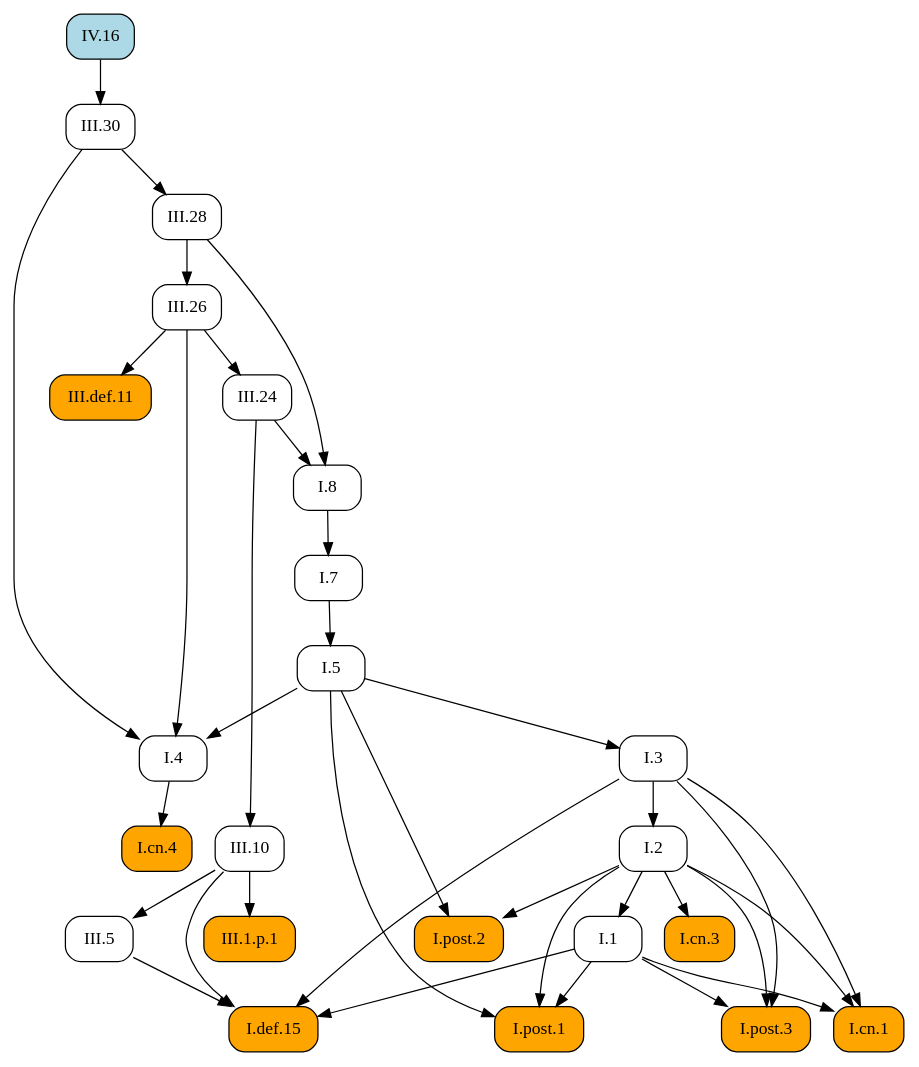
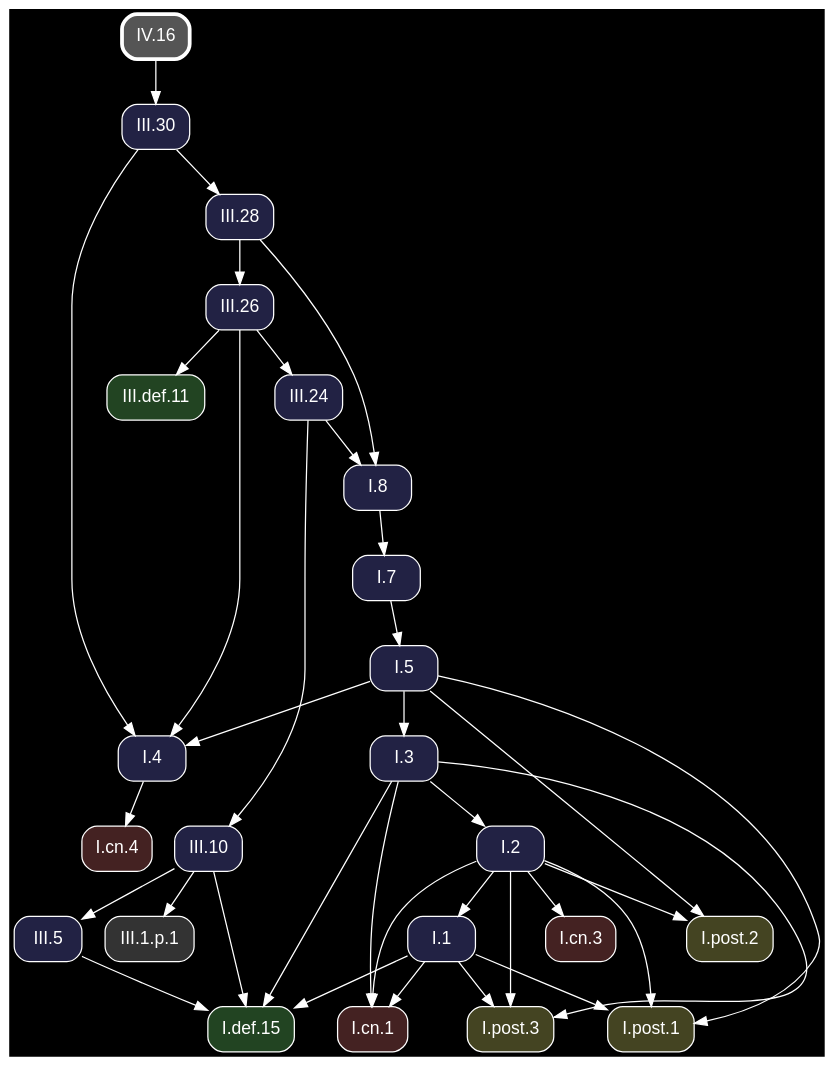
One commit to geometor/elements changed the diagram in docsrc/heath/IV/16/index.rst. Above: the diagram before and after it, drawn with Graphviz. The commit also changed other lines of this file and 1200 other files, not shown here.

Commit message:
update dependency graphs

```diff
--- a/docsrc/heath/IV/16/index.rst
+++ b/docsrc/heath/IV/16/index.rst
@@ -43,64 +43,66 @@
 .. graphviz::
 
    digraph {
+     bgcolor="black";
+     node [shape=box, style="rounded,filled", fontname="Helvetica", color="white", fontcolor="white"];
+     edge [color="white", fontcolor="white"];
      rankdir="TB";
-     node [shape=box, style=rounded];
-     "III.28" [URL="/heath/III/28/", target="_top"];
-     "I.cn.1" [style="rounded,filled", fillcolor=orange, URL="/heath/I/cn.1/", target="_top"];
-     "I.7" [URL="/heath/I/7/", target="_top"];
-     "III.24" [URL="/heath/III/24/", target="_top"];
-     "I.2" [URL="/heath/I/2/", target="_top"];
-     "I.def.15" [style="rounded,filled", fillcolor=orange, URL="/heath/I/def.15/", target="_top"];
-     "III.26" [URL="/heath/III/26/", target="_top"];
-     "I.4" [URL="/heath/I/4/", target="_top"];
-     "I.1" [URL="/heath/I/1/", target="_top"];
-     "III.def.11" [style="rounded,filled", fillcolor=orange, URL="/heath/III/def.11/", target="_top"];
-     "I.post.1" [style="rounded,filled", fillcolor=orange, URL="/heath/I/post.1/", target="_top"];
-     "I.post.3" [style="rounded,filled", fillcolor=orange, URL="/heath/I/post.3/", target="_top"];
-     "I.5" [URL="/heath/I/5/", target="_top"];
-     "I.8" [URL="/heath/I/8/", target="_top"];
-     "I.cn.3" [style="rounded,filled", fillcolor=orange, URL="/heath/I/cn.3/", target="_top"];
-     "III.10" [URL="/heath/III/10/", target="_top"];
-     "III.1.p.1" [style="rounded,filled", fillcolor=orange];
-     "IV.16" [style="rounded,filled", fillcolor=lightblue, URL="/heath/IV/16/", target="_top"];
-     "I.cn.4" [style="rounded,filled", fillcolor=orange, URL="/heath/I/cn.4/", target="_top"];
-     "I.post.2" [style="rounded,filled", fillcolor=orange, URL="/heath/I/post.2/", target="_top"];
-     "III.30" [URL="/heath/III/30/", target="_top"];
-     "I.3" [URL="/heath/I/3/", target="_top"];
-     "III.5" [URL="/heath/III/5/", target="_top"];
-     "III.30" -> "III.28";
+     "III.10" [fillcolor="#222244", URL="/heath/III/10/", target="_top"];
+     "I.3" [fillcolor="#222244", URL="/heath/I/3/", target="_top"];
+     "III.30" [fillcolor="#222244", URL="/heath/III/30/", target="_top"];
+     "I.post.1" [fillcolor="#444422", URL="/heath/I/post.1/", target="_top"];
+     "I.cn.1" [fillcolor="#442222", URL="/heath/I/cn.1/", target="_top"];
+     "IV.16" [penwidth=3, color="white", fillcolor="#555555", URL="/heath/IV/16/", target="_top"];
+     "I.cn.3" [fillcolor="#442222", URL="/heath/I/cn.3/", target="_top"];
+     "I.2" [fillcolor="#222244", URL="/heath/I/2/", target="_top"];
+     "I.post.2" [fillcolor="#444422", URL="/heath/I/post.2/", target="_top"];
+     "I.cn.4" [fillcolor="#442222", URL="/heath/I/cn.4/", target="_top"];
+     "I.1" [fillcolor="#222244", URL="/heath/I/1/", target="_top"];
+     "I.8" [fillcolor="#222244", URL="/heath/I/8/", target="_top"];
+     "I.4" [fillcolor="#222244", URL="/heath/I/4/", target="_top"];
+     "III.24" [fillcolor="#222244", URL="/heath/III/24/", target="_top"];
+     "I.post.3" [fillcolor="#444422", URL="/heath/I/post.3/", target="_top"];
+     "III.28" [fillcolor="#222244", URL="/heath/III/28/", target="_top"];
+     "III.5" [fillcolor="#222244", URL="/heath/III/5/", target="_top"];
+     "III.1.p.1" [fillcolor="#333333"];
+     "I.7" [fillcolor="#222244", URL="/heath/I/7/", target="_top"];
+     "I.def.15" [fillcolor="#224422", URL="/heath/I/def.15/", target="_top"];
+     "I.5" [fillcolor="#222244", URL="/heath/I/5/", target="_top"];
+     "III.26" [fillcolor="#222244", URL="/heath/III/26/", target="_top"];
+     "III.def.11" [fillcolor="#224422", URL="/heath/III/def.11/", target="_top"];
+     "III.24" -> "III.10";
+     "I.5" -> "I.3";
+     "IV.16" -> "III.30";
+     "I.1" -> "I.post.1";
+     "I.2" -> "I.post.1";
+     "I.5" -> "I.post.1";
      "I.1" -> "I.cn.1";
      "I.2" -> "I.cn.1";
      "I.3" -> "I.cn.1";
+     "I.2" -> "I.cn.3";
+     "I.3" -> "I.2";
+     "I.2" -> "I.post.2";
+     "I.5" -> "I.post.2";
+     "I.4" -> "I.cn.4";
+     "I.2" -> "I.1";
+     "III.24" -> "I.8";
+     "III.28" -> "I.8";
+     "I.5" -> "I.4";
+     "III.26" -> "I.4";
+     "III.30" -> "I.4";
+     "III.26" -> "III.24";
+     "I.1" -> "I.post.3";
+     "I.2" -> "I.post.3";
+     "I.3" -> "I.post.3";
+     "III.30" -> "III.28";
+     "III.10" -> "III.5";
+     "III.10" -> "III.1.p.1";
      "I.8" -> "I.7";
-     "III.26" -> "III.24";
-     "I.3" -> "I.2";
      "I.1" -> "I.def.15";
      "I.3" -> "I.def.15";
      "III.5" -> "I.def.15";
      "III.10" -> "I.def.15";
+     "I.7" -> "I.5";
      "III.28" -> "III.26";
-     "I.5" -> "I.4";
-     "III.26" -> "I.4";
-     "III.30" -> "I.4";
-     "I.2" -> "I.1";
      "III.26" -> "III.def.11";
-     "I.1" -> "I.post.1";
-     "I.2" -> "I.post.1";
-     "I.5" -> "I.post.1";
-     "I.1" -> "I.post.3";
-     "I.2" -> "I.post.3";
-     "I.3" -> "I.post.3";
-     "I.7" -> "I.5";
-     "III.24" -> "I.8";
-     "III.28" -> "I.8";
-     "I.2" -> "I.cn.3";
-     "III.24" -> "III.10";
-     "III.10" -> "III.1.p.1";
-     "I.4" -> "I.cn.4";
-     "I.2" -> "I.post.2";
-     "I.5" -> "I.post.2";
-     "IV.16" -> "III.30";
-     "I.5" -> "I.3";
-     "III.10" -> "III.5";
    }
```
